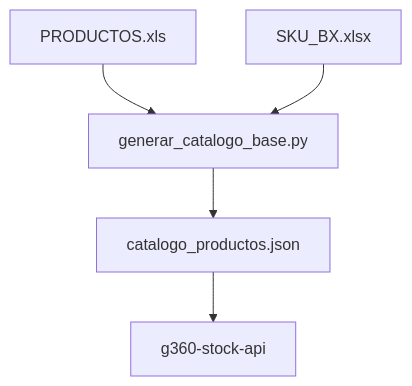
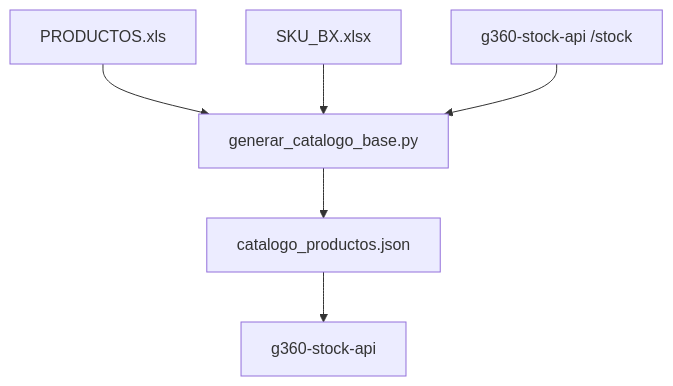
Before and after one commit to carloscus/g360-master-data: the diagram in README.md, drawn with Mermaid. The commit also changed other lines of this file and 9 other files, not shown here.

First line of the commit message:
fix(master-data): catalogo incompleto por universo de stock ausente + taxonomia

````diff
--- a/README.md
+++ b/README.md
@@ -10,7 +10,8 @@
 ```mermaid
 flowchart TD
     A[PRODUCTOS.xls] --> B[generar_catalogo_base.py]
     C[SKU_BX.xlsx] --> B
-    B --> D[catalogo_productos.json]
-    D --> E[g360-stock-api]
+    D[g360-stock-api /stock] --> B
+    B --> E[catalogo_productos.json]
+    E --> F[g360-stock-api]
 ```
````
